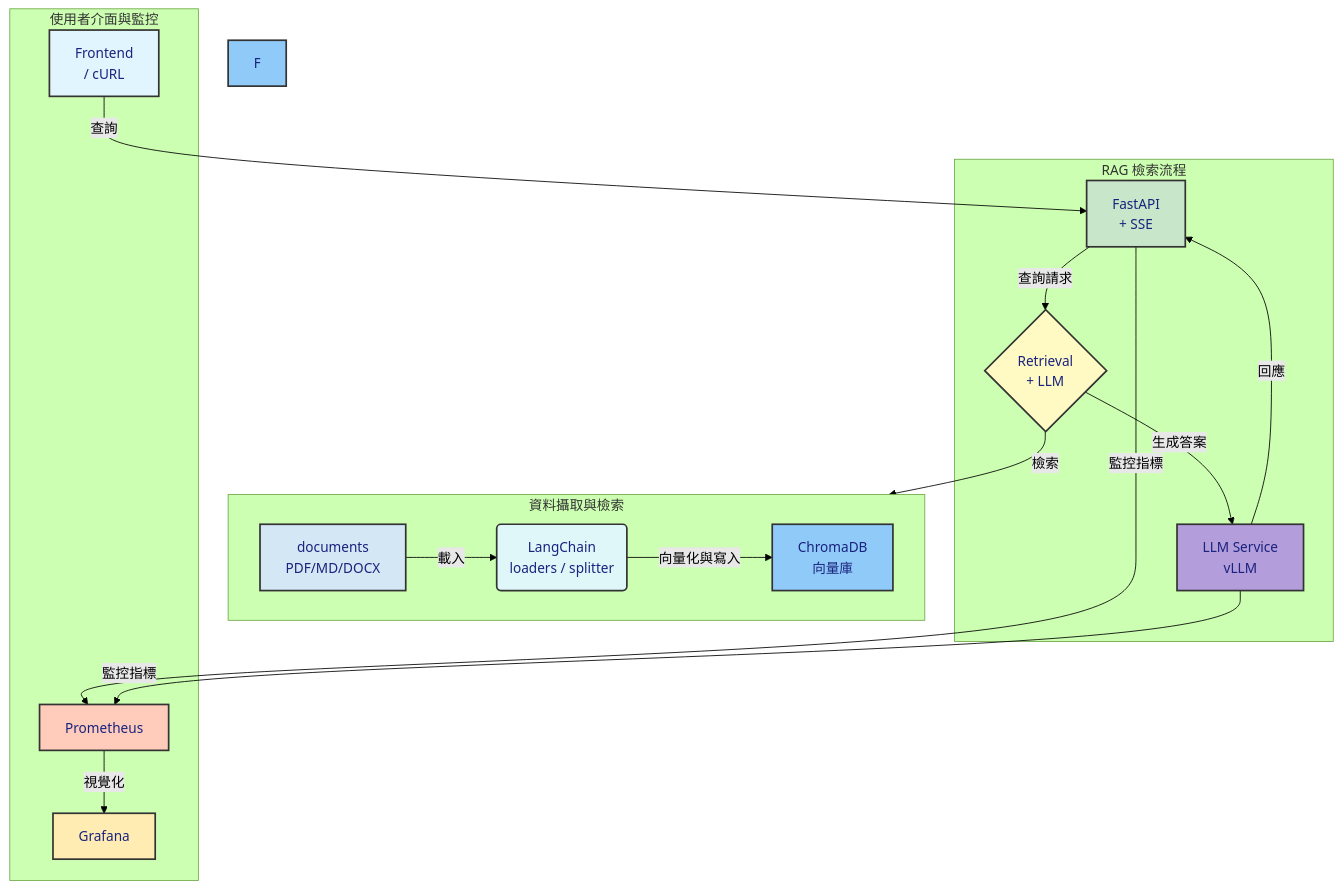
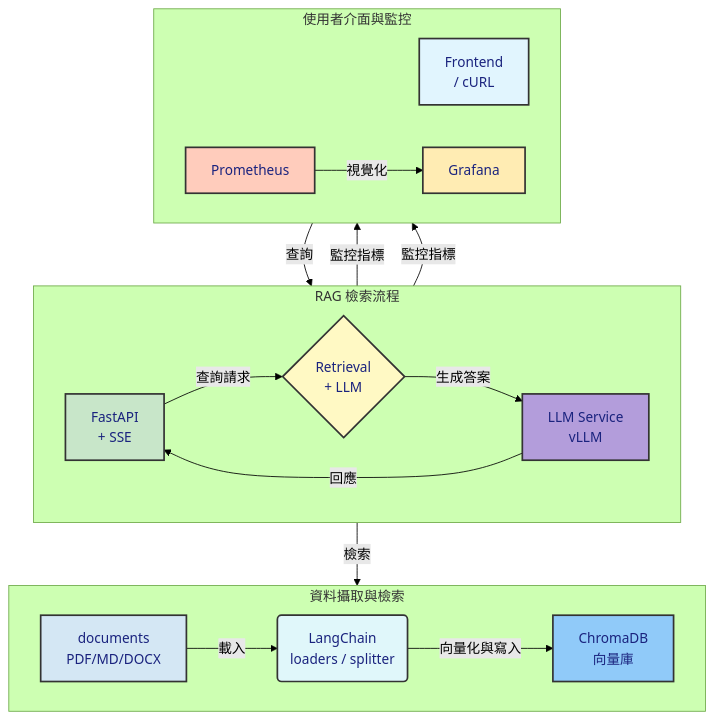
One commit to BpsEason/lexrag changed the diagram in README.md. Above: the diagram before and after it, drawn with Mermaid (forest theme).

````diff
--- a/README.md
+++ b/README.md
@@ -32,34 +32,35 @@
 ```mermaid
 graph TD
     subgraph "資料攝取與檢索"
         direction LR
         A[documents<br>PDF/MD/DOCX] -- 載入 --> B(LangChain<br>loaders / splitter)
         B -- 向量化與寫入 --> C[ChromaDB<br>向量庫]
     end
     
     subgraph "RAG 檢索流程"
+        direction LR
         D[FastAPI<br>+ SSE] -- 查詢請求 --> E{Retrieval<br>+ LLM}
         E -- 檢索 --> C
         E -- 生成答案 --> G[LLM Service<br>vLLM]
         G -- 回應 --> D
     end
 
     subgraph "使用者介面與監控"
+        direction LR
         H[Frontend<br>/ cURL] -- 查詢 --> D
         D -- 監控指標 --> I[Prometheus]
         G -- 監控指標 --> I
         I -- 視覺化 --> J[Grafana]
     end
     
     style A fill:#D4E7F4,stroke:#333,stroke-width:2px,color:#1A237E
     style B fill:#E0F7FA,stroke:#333,stroke-width:2px,color:#1A237E
     style C fill:#90CAF9,stroke:#333,stroke-width:2px,color:#1A237E
     style D fill:#C8E6C9,stroke:#333,stroke-width:2px,color:#1A237E
     style E fill:#FFF9C4,stroke:#333,stroke-width:2px,color:#1A237E
-    style F fill:#90CAF9,stroke:#333,stroke-width:2px,color:#1A237E
     style G fill:#B39DDB,stroke:#333,stroke-width:2px,color:#1A237E
     style H fill:#E1F5FE,stroke:#333,stroke-width:2px,color:#1A237E
     style I fill:#FFCCBC,stroke:#333,stroke-width:2px,color:#1A237E
     style J fill:#FFECB3,stroke:#333,stroke-width:2px,color:#1A237E
 
 ```
````
